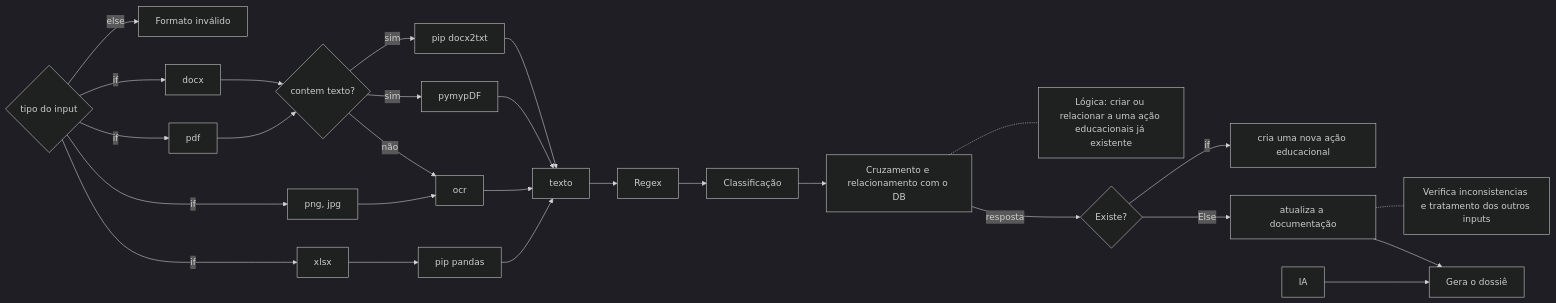
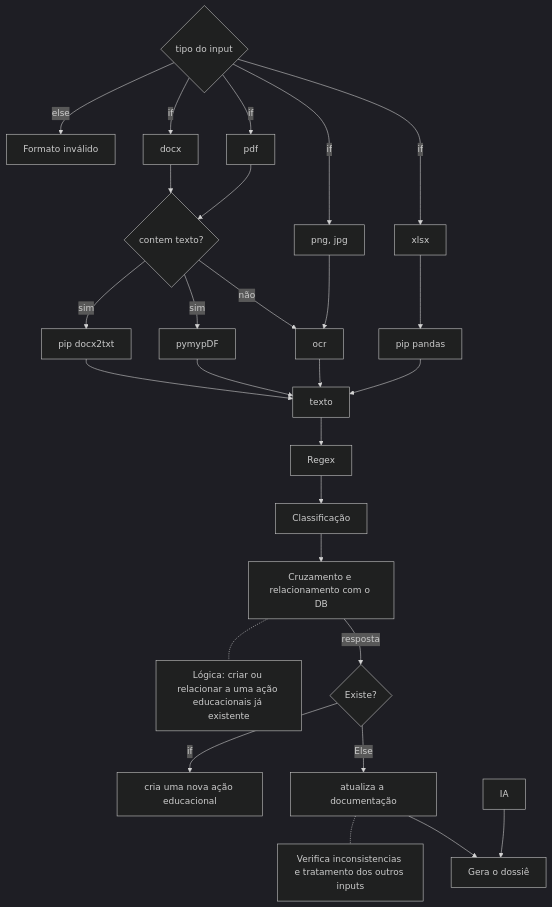
Before and after one commit to bielbritob/Hackathon-Emeras: the diagram in README.md, drawn with Mermaid (dark theme).

Commit message:
put some graph into readme

````diff
--- a/README.md
+++ b/README.md
@@ -7,47 +7,47 @@
 ```mermaid
-flowchart LR
+flowchart TD
     %% Decisão inicial
     INPUT_DECISION{"tipo do input"}
     INPUT_DECISION -->|else| INVALID["Formato inválido"]
     
     INPUT_DECISION -->|if| DOCX["docx"]
     INPUT_DECISION -->|if| PDF["pdf"]
     INPUT_DECISION -->|if| IMG["png, jpg"]
     INPUT_DECISION -->|if| XLSX["xlsx"]
 
     %% Extração de texto
     DOCX --> TEXT_CHECK{"contem texto?"}
     PDF --> TEXT_CHECK
 
     TEXT_CHECK -->|sim| DOCX2TXT["pip docx2txt"]
     TEXT_CHECK -->|sim| PYPDF["pymypDF"]
     TEXT_CHECK -->|não| OCR["ocr"]
     IMG --> OCR
     XLSX --> PANDAS["pip pandas"]
 
     DOCX2TXT --> TEXTO["texto"]
     PYPDF --> TEXTO
     OCR --> TEXTO
     PANDAS --> TEXTO
 
     %% Processamento e DB
     TEXTO --> REGEX["Regex"]
     REGEX --> CLASSIFICACAO["Classificação"]
     CLASSIFICACAO --> DB["Cruzamento e relacionamento com o DB"]
     
     LOGICA_DB["Lógica: criar ou relacionar a uma ação educacionais já existente"]
     DB -.- LOGICA_DB
 
     %% Validação e Saída
     DB -->|resposta| EXISTE{"Existe?"}
     
     EXISTE -->|if| NOVA_ACAO["cria uma nova ação educacional"]
     EXISTE -->|Else| ATUALIZA["atualiza a documentação"]
     
     VERIFICA_INCONSISTENCIAS["Verifica inconsistencias e tratamento dos outros inputs"]
     ATUALIZA -.- VERIFICA_INCONSISTENCIAS
 
     IA["IA"] --> DOSSIE["Gera o dossiê"]
     ATUALIZA --> DOSSIE
 
 ```
````
